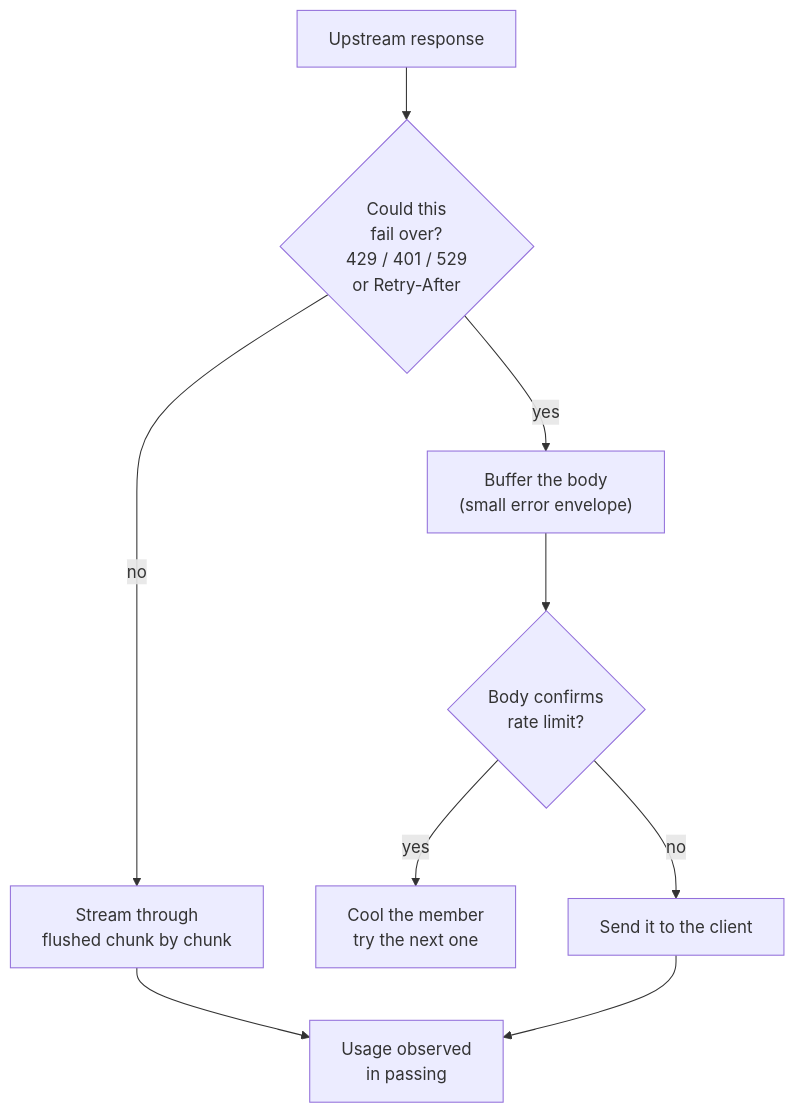
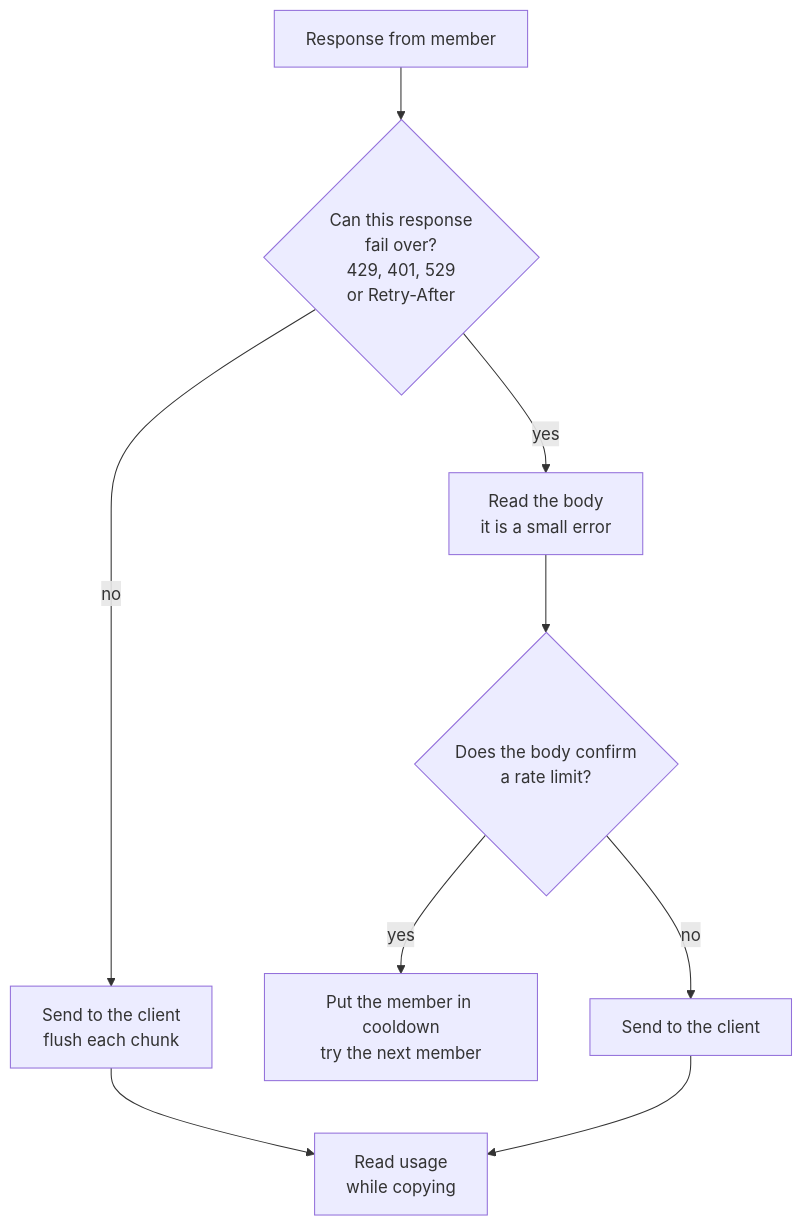
Before and after one commit to barockok/proem: the second of 2 diagrams in docs/site/_content/start/how-it-works.md, drawn with Mermaid. The commit also changed other lines of this file and 11 other files, not shown here.

````diff
--- a/docs/site/_content/start/how-it-works.md
+++ b/docs/site/_content/start/how-it-works.md
@@ -66,11 +72,11 @@
 ```mermaid
 flowchart TB
-  Resp["Upstream response"] --> Cand{"Could this<br/>fail over?<br/>429 / 401 / 529<br/>or Retry-After"}
-  Cand -->|no| Stream["Stream through<br/>flushed chunk by chunk"]
-  Cand -->|yes| Buf["Buffer the body<br/>(small error envelope)"]
-  Buf --> Check{"Body confirms<br/>rate limit?"}
-  Check -->|yes| Cool["Cool the member<br/>try the next one"]
-  Check -->|no| Send["Send it to the client"]
-  Stream --> Usage["Usage observed<br/>in passing"]
+  Resp["Response from member"] --> Cand{"Can this response<br/>fail over?<br/>429, 401, 529<br/>or Retry-After"}
+  Cand -->|no| Stream["Send to the client<br/>flush each chunk"]
+  Cand -->|yes| Buf["Read the body<br/>it is a small error"]
+  Buf --> Check{"Does the body confirm<br/>a rate limit?"}
+  Check -->|yes| Cool["Put the member in cooldown<br/>try the next member"]
+  Check -->|no| Send["Send to the client"]
+  Stream --> Usage["Read usage<br/>while copying"]
   Send --> Usage
 ```
````
